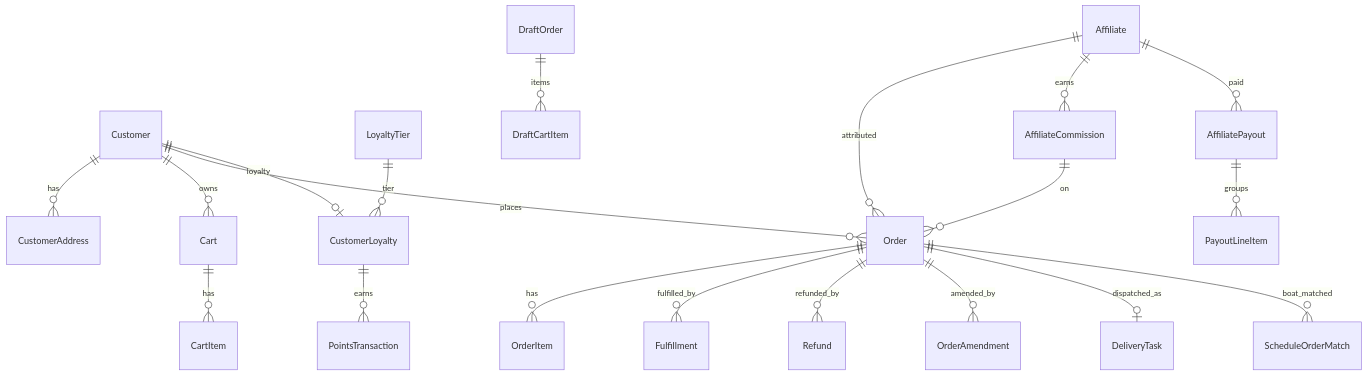
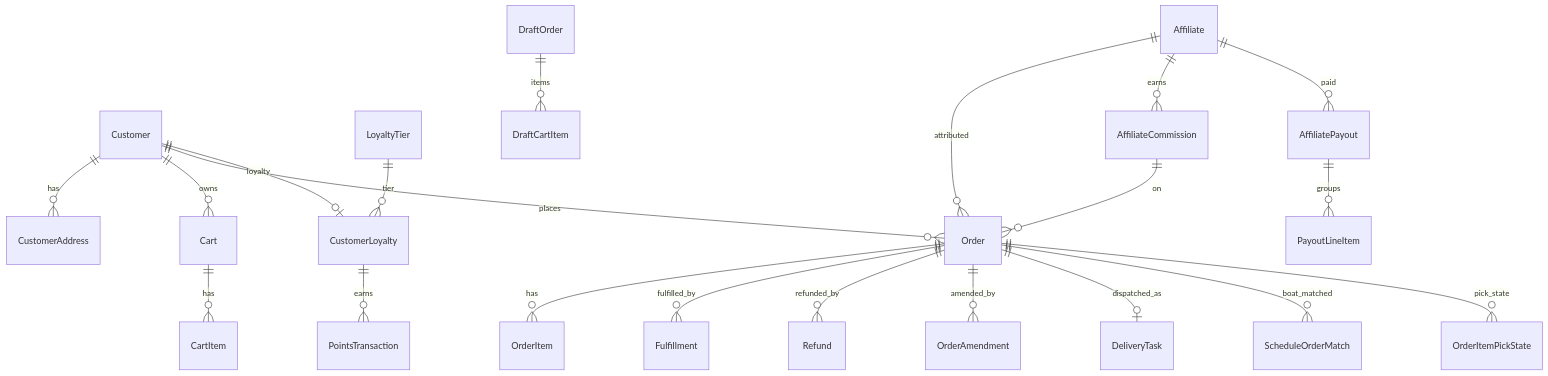
The second of 3 diagrams in codebase-docs/05-data-model.md (allan-cmyk/PartyOn2), drawn with Mermaid before and after one commit. The commit also changed other lines of this file and 4 other files, not shown here.

````diff
--- a/codebase-docs/05-data-model.md
+++ b/codebase-docs/05-data-model.md
@@ -124,23 +125,24 @@
 ```mermaid
 erDiagram
   Customer ||--o{ CustomerAddress : has
   Customer ||--o{ Cart : owns
   Customer ||--o{ Order : places
   Customer ||--o| CustomerLoyalty : loyalty
   LoyaltyTier ||--o{ CustomerLoyalty : tier
   CustomerLoyalty ||--o{ PointsTransaction : earns
   Cart ||--o{ CartItem : has
   Order ||--o{ OrderItem : has
   Order ||--o{ Fulfillment : fulfilled_by
   Order ||--o{ Refund : refunded_by
   Order ||--o{ OrderAmendment : amended_by
   Order ||--o| DeliveryTask : dispatched_as
   Order ||--o{ ScheduleOrderMatch : boat_matched
+  Order ||--o{ OrderItemPickState : pick_state
   DraftOrder ||--o{ DraftCartItem : items
   Affiliate ||--o{ Order : attributed
   %% DeliveryZone and TaxRate removed 2026-04-23 — runtime uses hardcoded TS tables.
   Affiliate ||--o{ AffiliateCommission : earns
   AffiliateCommission ||--o{ Order : on
   AffiliatePayout ||--o{ PayoutLineItem : groups
   Affiliate ||--o{ AffiliatePayout : paid
 ```
````
